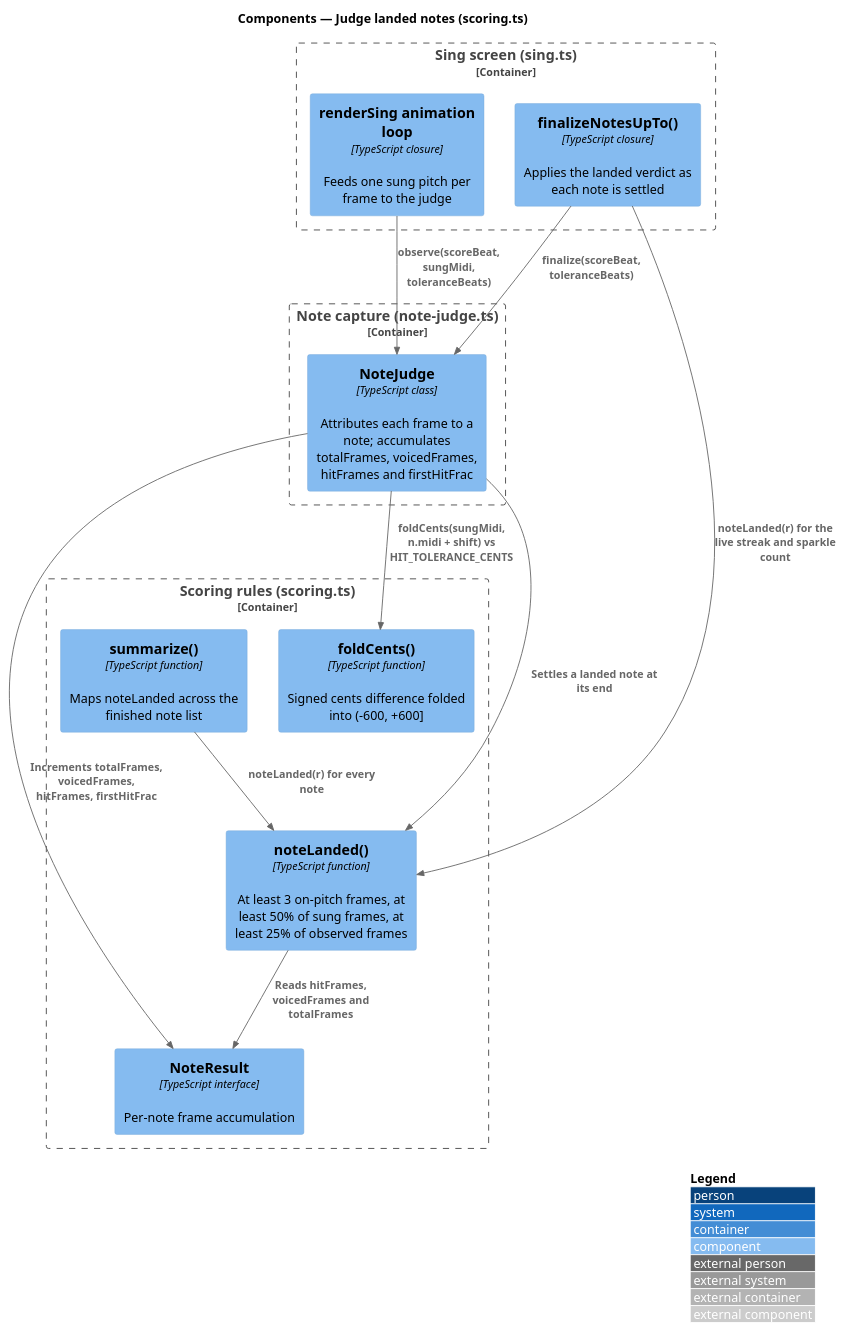
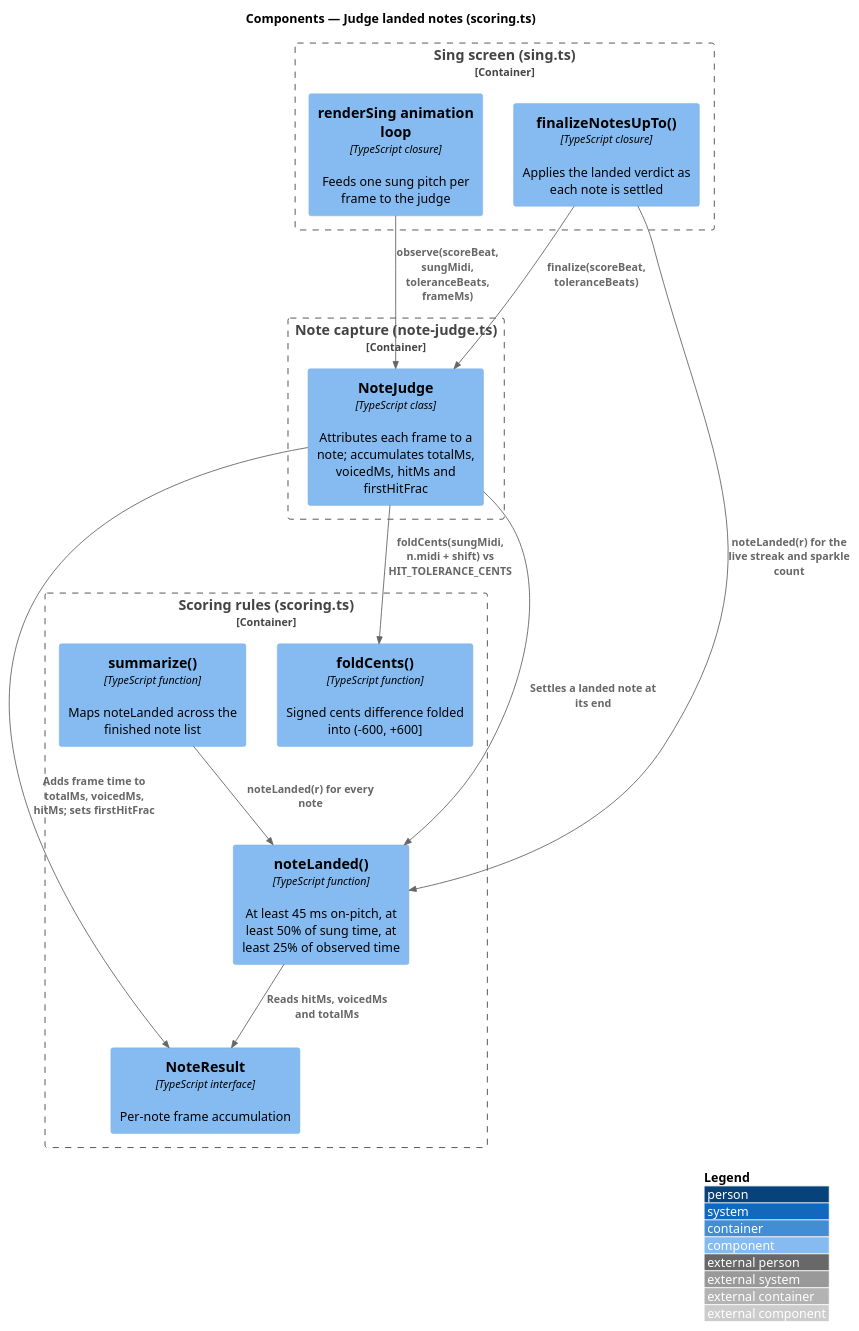
The diagram in docs/detailed-designs/scoring-and-results/judge-landed-notes/diagrams/c4-component.puml (QuinntyneBrown/TwinkleTune), drawn with PlantUML before and after one commit. The commit also changed 31 other files, not shown here.

```diff
--- a/docs/detailed-designs/scoring-and-results/judge-landed-notes/diagrams/c4-component.puml
+++ b/docs/detailed-designs/scoring-and-results/judge-landed-notes/diagrams/c4-component.puml
@@ -1,28 +1,28 @@
 @startuml
 !include <C4/C4_Component>
 LAYOUT_WITH_LEGEND()
 title Components — Judge landed notes (scoring.ts)
 
 Container_Boundary(sing, "Sing screen (sing.ts)") {
   Component(loop, "renderSing animation loop", "TypeScript closure", "Feeds one sung pitch per frame to the judge")
   Component(finalize, "finalizeNotesUpTo()", "TypeScript closure", "Applies the landed verdict as each note is settled")
 }
 Container_Boundary(judgeMod, "Note capture (note-judge.ts)") {
-  Component(judge, "NoteJudge", "TypeScript class", "Attributes each frame to a note; accumulates totalFrames, voicedFrames, hitFrames and firstHitFrac")
+  Component(judge, "NoteJudge", "TypeScript class", "Attributes each frame to a note; accumulates totalMs, voicedMs, hitMs and firstHitFrac")
 }
 Container_Boundary(scoring, "Scoring rules (scoring.ts)") {
   Component(fold, "foldCents()", "TypeScript function", "Signed cents difference folded into (-600, +600]")
-  Component(landed, "noteLanded()", "TypeScript function", "At least 3 on-pitch frames, at least 50% of sung frames, at least 25% of observed frames")
+  Component(landed, "noteLanded()", "TypeScript function", "At least 45 ms on-pitch, at least 50% of sung time, at least 25% of observed time")
   Component(result, "NoteResult", "TypeScript interface", "Per-note frame accumulation")
   Component(summarize, "summarize()", "TypeScript function", "Maps noteLanded across the finished note list")
 }
 
-Rel(loop, judge, "observe(scoreBeat, sungMidi, toleranceBeats)")
+Rel(loop, judge, "observe(scoreBeat, sungMidi, toleranceBeats, frameMs)")
 Rel(judge, fold, "foldCents(sungMidi, n.midi + shift) vs HIT_TOLERANCE_CENTS")
-Rel(judge, result, "Increments totalFrames, voicedFrames, hitFrames, firstHitFrac")
+Rel(judge, result, "Adds frame time to totalMs, voicedMs, hitMs; sets firstHitFrac")
 Rel(finalize, judge, "finalize(scoreBeat, toleranceBeats)")
 Rel(judge, landed, "Settles a landed note at its end")
 Rel(finalize, landed, "noteLanded(r) for the live streak and sparkle count")
-Rel(landed, result, "Reads hitFrames, voicedFrames and totalFrames")
+Rel(landed, result, "Reads hitMs, voicedMs and totalMs")
 Rel(summarize, landed, "noteLanded(r) for every note")
 @enduml
```
